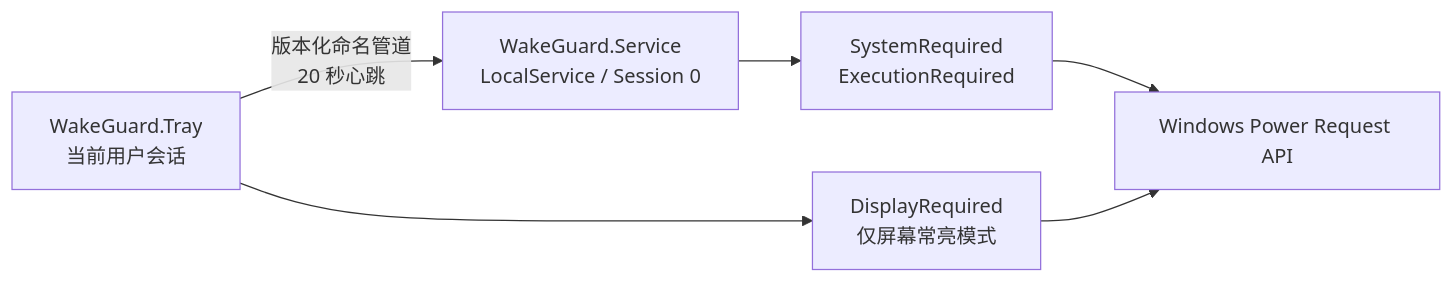
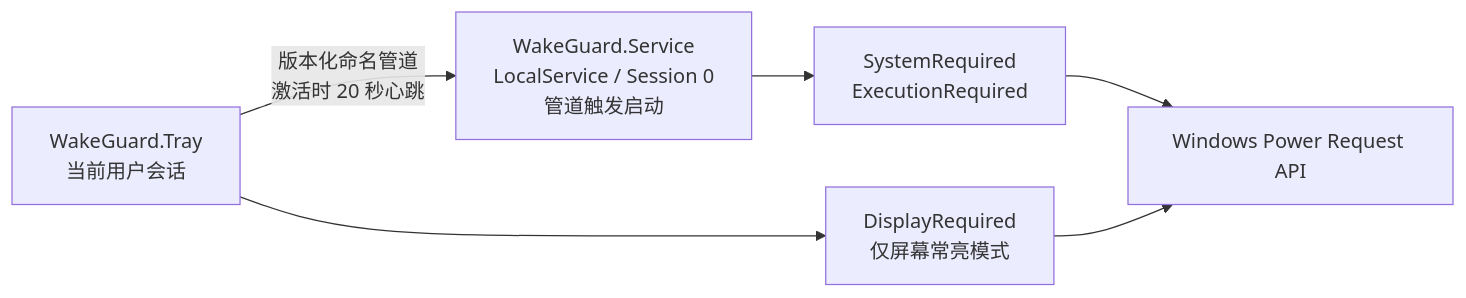
Before and after one commit to su27/wakeguard: the diagram in README.md, drawn with Mermaid. The commit also changed other lines of this file and 21 other files, not shown here.

Commit message:
Release WakeGuard 0.1.6

````diff
--- a/README.md
+++ b/README.md
@@ -48,8 +49,8 @@
 ```mermaid
 flowchart LR
-    A["WakeGuard.Tray<br>当前用户会话"] -->|"版本化命名管道<br>20 秒心跳"| B["WakeGuard.Service<br>LocalService / Session 0"]
+    A["WakeGuard.Tray<br>当前用户会话"] -->|"版本化命名管道<br>激活时 20 秒心跳"| B["WakeGuard.Service<br>LocalService / Session 0<br>管道触发启动"]
     B --> C["SystemRequired<br>ExecutionRequired"]
     A --> D["DisplayRequired<br>仅屏幕常亮模式"]
     C --> E["Windows Power Request API"]
     D --> E
 ```
````
